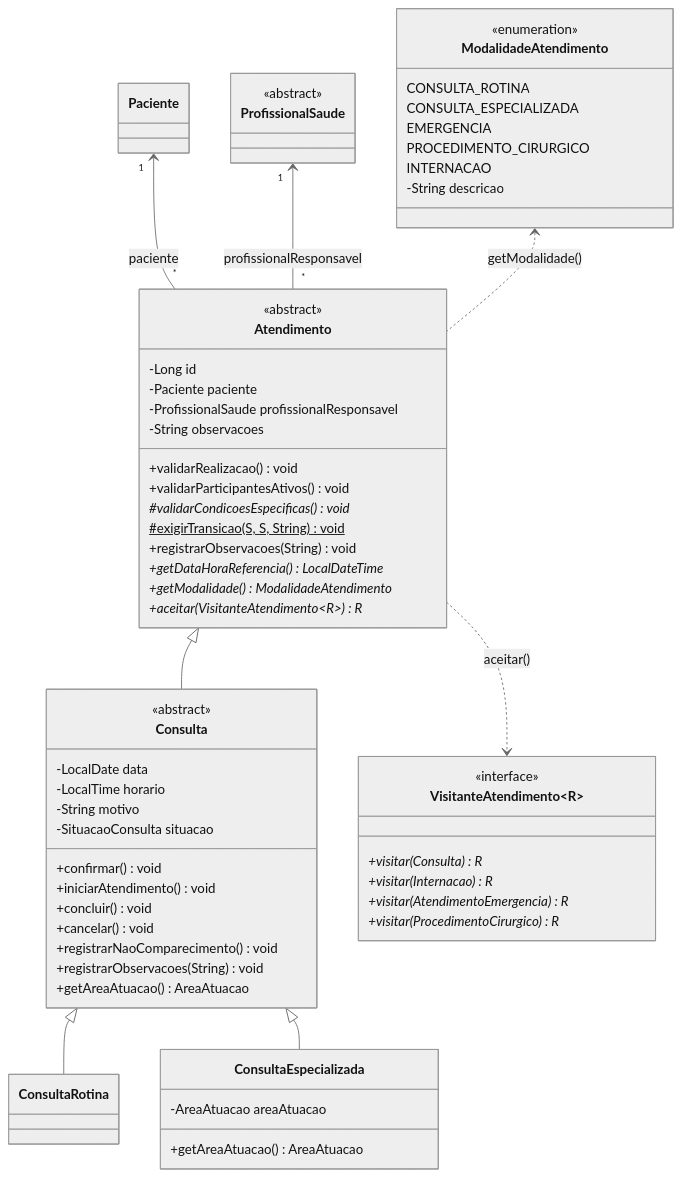
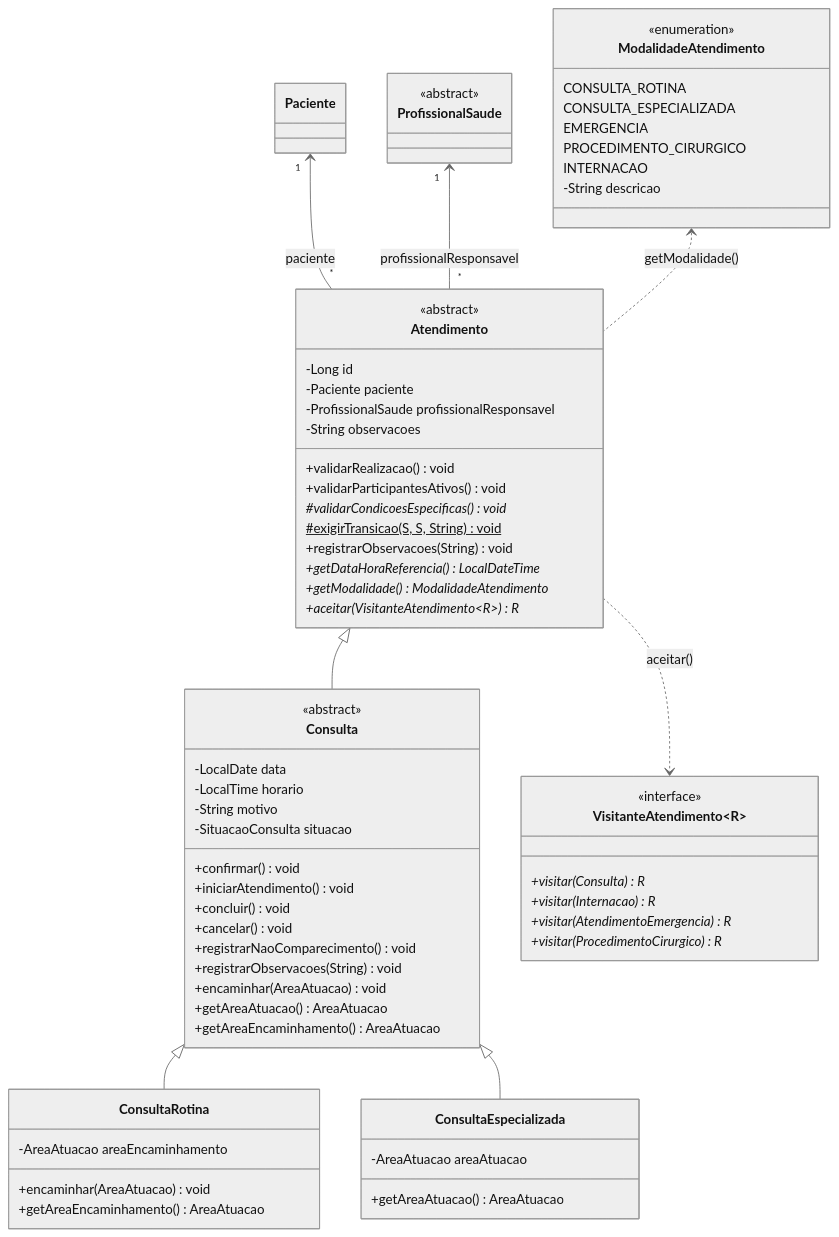
Before and after one commit to pedrolsrt/sistema-hospitalar: the fifth of 10 diagrams in docs/diagrama-de-classes.md, drawn with Mermaid (neutral theme). The commit also changed other lines of this file and 1 other file, not shown here.

Commit message:
docs: atualiza diagrama de classes e README com o encaminhamento

````diff
--- a/docs/diagrama-de-classes.md
+++ b/docs/diagrama-de-classes.md
@@ -320,71 +323,77 @@
 ```mermaid
 classDiagram
     direction TB
 
     class Paciente
     class ProfissionalSaude { <<abstract>> }
 
     class Atendimento {
         <<abstract>>
         -Long id
         -Paciente paciente
         -ProfissionalSaude profissionalResponsavel
         -String observacoes
         +validarRealizacao() void
         +validarParticipantesAtivos() void
         #validarCondicoesEspecificas()* void
         #exigirTransicao(S, S, String)$ void
         +registrarObservacoes(String) void
         +getDataHoraReferencia()* LocalDateTime
         +getModalidade()* ModalidadeAtendimento
         +aceitar(VisitanteAtendimento~R~)* R
     }
 
     class Consulta {
         <<abstract>>
         -LocalDate data
         -LocalTime horario
         -String motivo
         -SituacaoConsulta situacao
         +confirmar() void
         +iniciarAtendimento() void
         +concluir() void
         +cancelar() void
         +registrarNaoComparecimento() void
         +registrarObservacoes(String) void
+        +encaminhar(AreaAtuacao) void
         +getAreaAtuacao() AreaAtuacao
+        +getAreaEncaminhamento() AreaAtuacao
     }
 
-    class ConsultaRotina
+    class ConsultaRotina {
+        -AreaAtuacao areaEncaminhamento
+        +encaminhar(AreaAtuacao) void
+        +getAreaEncaminhamento() AreaAtuacao
+    }
 
     class ConsultaEspecializada {
         -AreaAtuacao areaAtuacao
         +getAreaAtuacao() AreaAtuacao
     }
 
     class ModalidadeAtendimento {
         <<enumeration>>
         CONSULTA_ROTINA
         CONSULTA_ESPECIALIZADA
         EMERGENCIA
         PROCEDIMENTO_CIRURGICO
         INTERNACAO
         -String descricao
     }
 
     class VisitanteAtendimento~R~ {
         <<interface>>
         +visitar(Consulta)* R
         +visitar(Internacao)* R
         +visitar(AtendimentoEmergencia)* R
         +visitar(ProcedimentoCirurgico)* R
     }
 
     Paciente "1" <-- "*" Atendimento : paciente
     ProfissionalSaude "1" <-- "*" Atendimento : profissionalResponsavel
     ModalidadeAtendimento <.. Atendimento : getModalidade()
     Atendimento <|-- Consulta
     Consulta <|-- ConsultaRotina
     Consulta <|-- ConsultaEspecializada
     Atendimento ..> VisitanteAtendimento : aceitar()
 ```
````
